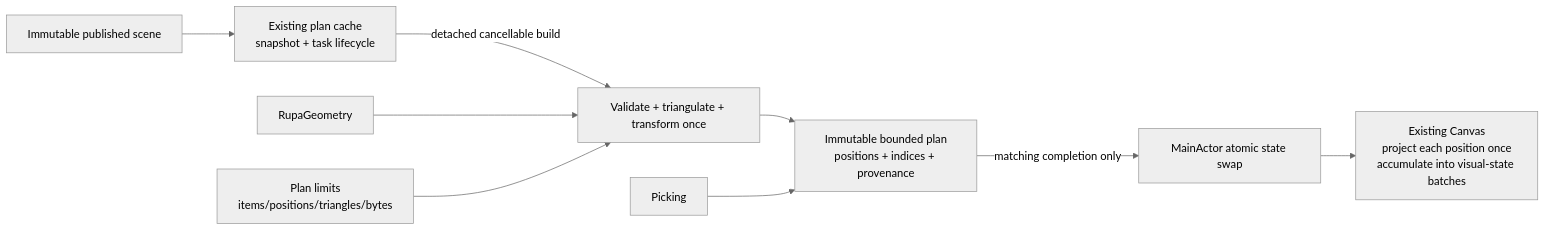
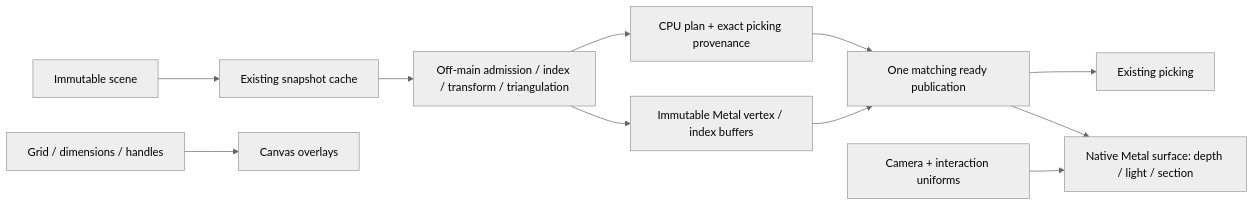
One commit to 1amageek/Rupa changed the diagram in RupaKit/Sources/RupaRendering/DESIGN.md. Above: the diagram before and after it, drawn with Mermaid (neutral theme). The commit also changed other lines of this file and 27 other files, not shown here.

Commit message:
Render bounded CAD surfaces with native depth and lighting

````diff
--- a/RupaKit/Sources/RupaRendering/DESIGN.md
+++ b/RupaKit/Sources/RupaRendering/DESIGN.md
@@ -99,11 +39,13 @@
 ```mermaid
 flowchart LR
-    Scene["Immutable published scene"] --> Cache["Existing plan cache\nsnapshot + task lifecycle"]
-    Cache -->|detached cancellable build| Build["Validate + triangulate + transform once"]
-    Geometry["RupaGeometry"] --> Build
-    Limits["Plan limits\nitems/positions/triangles/bytes"] --> Build
-    Build --> Plan["Immutable bounded plan\npositions + indices + provenance"]
-    Plan -->|matching completion only| State["MainActor atomic state swap"]
-    State --> Canvas["Existing Canvas\nproject each position once\naccumulate into visual-state batches"]
-    Picking["Picking"] --> Plan
+    Scene["Immutable scene"] --> Cache["Existing snapshot cache"]
+    Cache --> Build["Off-main admission / index / transform / triangulation"]
+    Build --> Plan["CPU plan + exact picking provenance"]
+    Build --> GPU["Immutable Metal vertex / index buffers"]
+    Plan --> Ready["One matching ready publication"]
+    GPU --> Ready
+    Ready --> Picking["Existing picking"]
+    Ready --> Surface["Native Metal surface: depth / light / section"]
+    Camera["Camera + interaction uniforms"] --> Surface
+    Overlay["Grid / dimensions / handles"] --> Canvas["Canvas overlays"]
 ```
````
